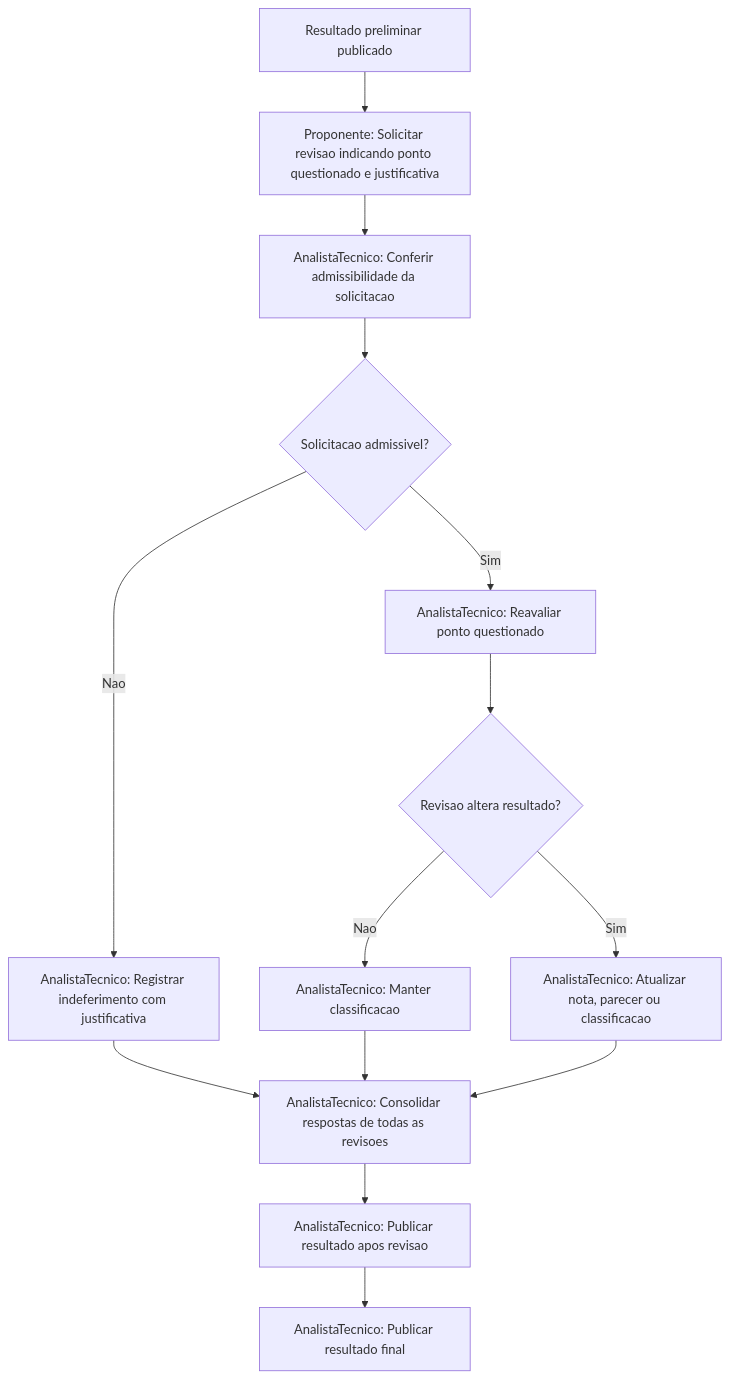
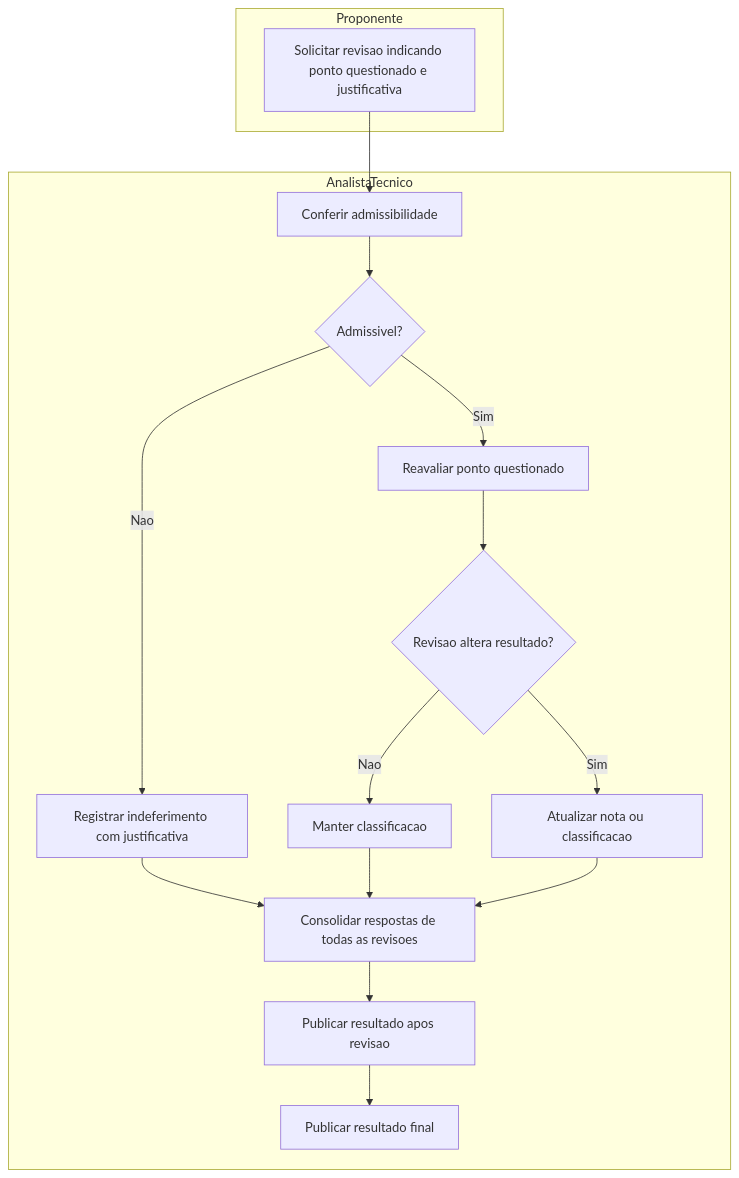
Before and after one commit to Czzped/conecta-fapes-teste: the third of 4 diagrams in docs/implementation/modules/M011-configuracao-captacao/process-selecao-projetos.md, drawn with Mermaid. The commit also changed other lines of this file, not shown here.

First line of the commit message:
docs(M011): reescreve process-selecao-projetos com raias e tabela de atividades

````diff
--- a/docs/implementation/modules/M011-configuracao-captacao/process-selecao-projetos.md
+++ b/docs/implementation/modules/M011-configuracao-captacao/process-selecao-projetos.md
@@ -115,16 +128,26 @@
 ```mermaid
 flowchart TD
-    A[Resultado preliminar publicado] --> B[Proponente: Solicitar revisao indicando ponto questionado e justificativa]
-    B --> C[AnalistaTecnico: Conferir admissibilidade da solicitacao]
-    C --> D{Solicitacao admissivel?}
-    D -->|Nao| E[AnalistaTecnico: Registrar indeferimento com justificativa]
-    D -->|Sim| F[AnalistaTecnico: Reavaliar ponto questionado]
-    F --> G{Revisao altera resultado?}
-    G -->|Nao| H[AnalistaTecnico: Manter classificacao]
-    G -->|Sim| I[AnalistaTecnico: Atualizar nota, parecer ou classificacao]
-    E --> J[AnalistaTecnico: Consolidar respostas de todas as revisoes]
-    H --> J
-    I --> J
-    J --> K[AnalistaTecnico: Publicar resultado apos revisao]
-    K --> L[AnalistaTecnico: Publicar resultado final]
+    subgraph Proponente[Proponente]
+        A[Solicitar revisao indicando ponto questionado e justificativa]
+    end
+
+    subgraph AnalistaTecnico[AnalistaTecnico]
+        B[Conferir admissibilidade]
+        C{Admissivel?}
+        D[Registrar indeferimento com justificativa]
+        E[Reavaliar ponto questionado]
+        F{Revisao altera resultado?}
+        G[Manter classificacao]
+        H[Atualizar nota ou classificacao]
+        I[Consolidar respostas de todas as revisoes]
+        J[Publicar resultado apos revisao]
+        K[Publicar resultado final]
+    end
+
+    A --> B --> C
+    C -->|Nao| D --> I
+    C -->|Sim| E --> F
+    F -->|Nao| G --> I
+    F -->|Sim| H --> I
+    I --> J --> K
 ```
````
